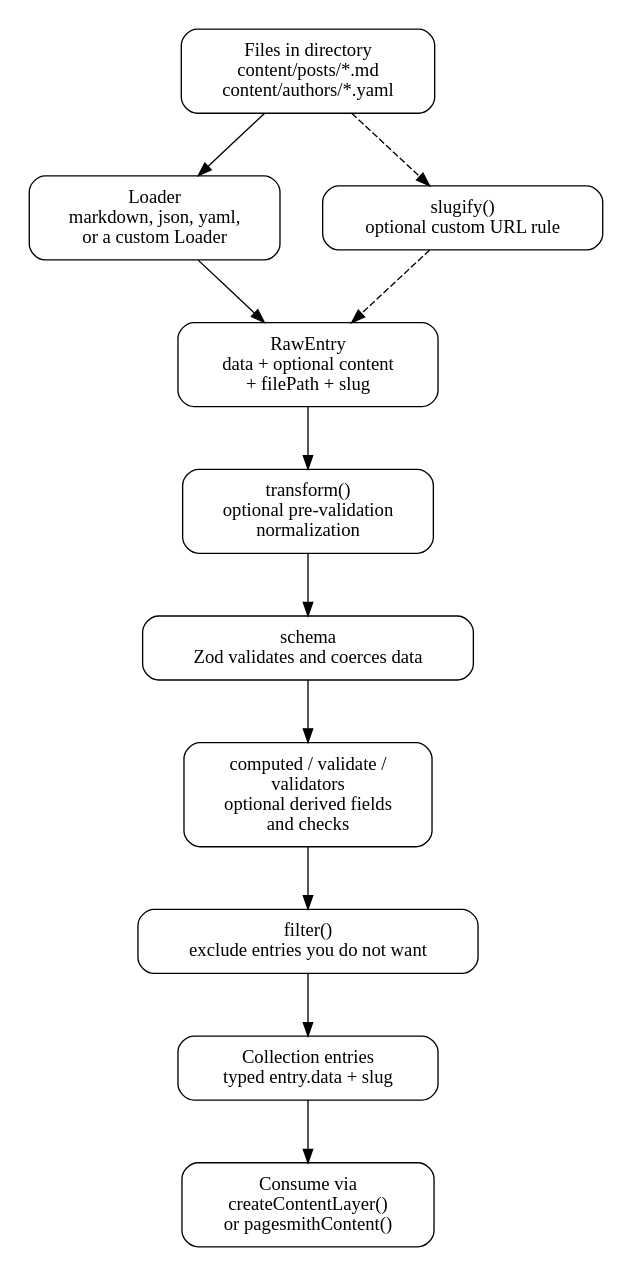
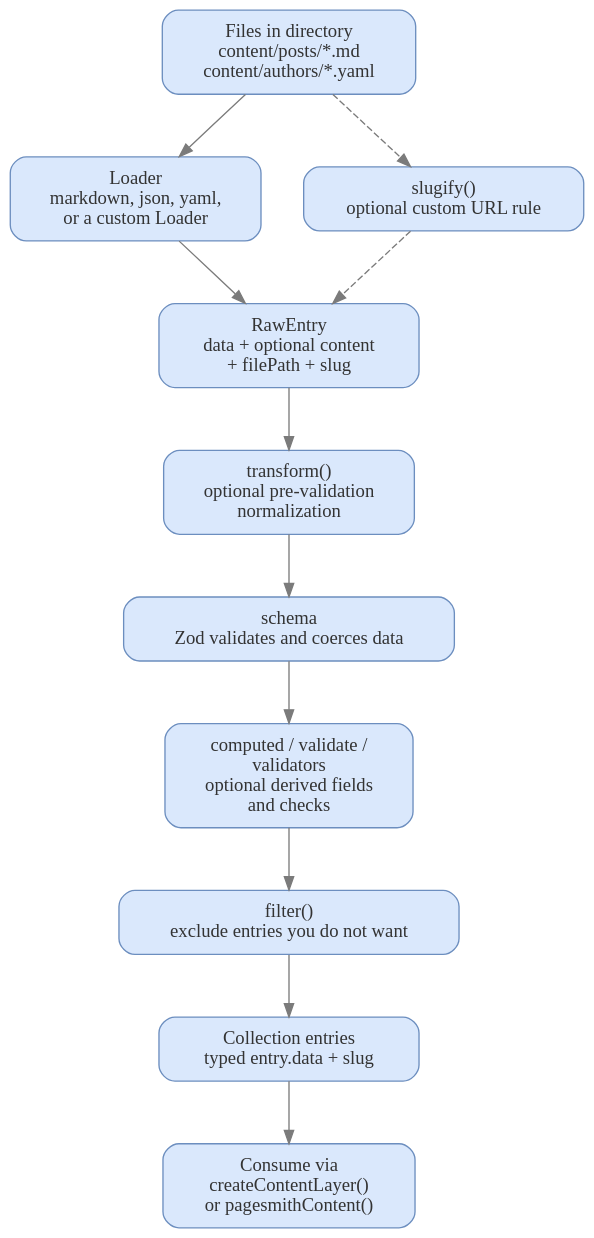
The diagram in docs/content/guide/collections-and-loaders/diagrams/collection-pipeline.dot (sujeet-pro/pagesmith), drawn with Graphviz before and after one commit. The commit also changed 148 other files, not shown here.

```diff
--- a/docs/content/guide/collections-and-loaders/diagrams/collection-pipeline.dot
+++ b/docs/content/guide/collections-and-loaders/diagrams/collection-pipeline.dot
@@ -1,20 +1,23 @@
+// Diagram: Collection pipeline
+// Type: graphviz
 digraph CollectionPipeline {
+  bgcolor="transparent"
   graph [rankdir=TB, nodesep=0.45, ranksep=0.65, pad=0.2]
-  node [shape=box, style="rounded", margin="0.18,0.12"]
-  edge [fontsize=10]
+  node [shape=box, style="rounded,filled", fillcolor="#dae8fc", color="#6c8ebf", fontcolor="#333333", margin="0.18,0.12"]
+  edge [fontsize=10, color="#7B7B7B"]
 
   files [label="Files in directory\ncontent/posts/*.md\ncontent/authors/*.yaml"]
   loader [label="Loader\nmarkdown, json, yaml,\nor a custom Loader"]
   raw [label="RawEntry\ndata + optional content\n+ filePath + slug"]
   transform [label="transform()\noptional pre-validation\nnormalization"]
   schema [label="schema\nZod validates and coerces data"]
   derived [label="computed / validate /\nvalidators\noptional derived fields\nand checks"]
   filter [label="filter()\nexclude entries you do not want"]
   entries [label="Collection entries\ntyped entry.data + slug"]
   consume [label="Consume via\ncreateContentLayer()\nor pagesmithContent()"]
   slugify [label="slugify()\noptional custom URL rule"]
 
   files -> loader -> raw -> transform -> schema -> derived -> filter -> entries -> consume
   files -> slugify [style=dashed]
   slugify -> raw [style=dashed]
 }
```
